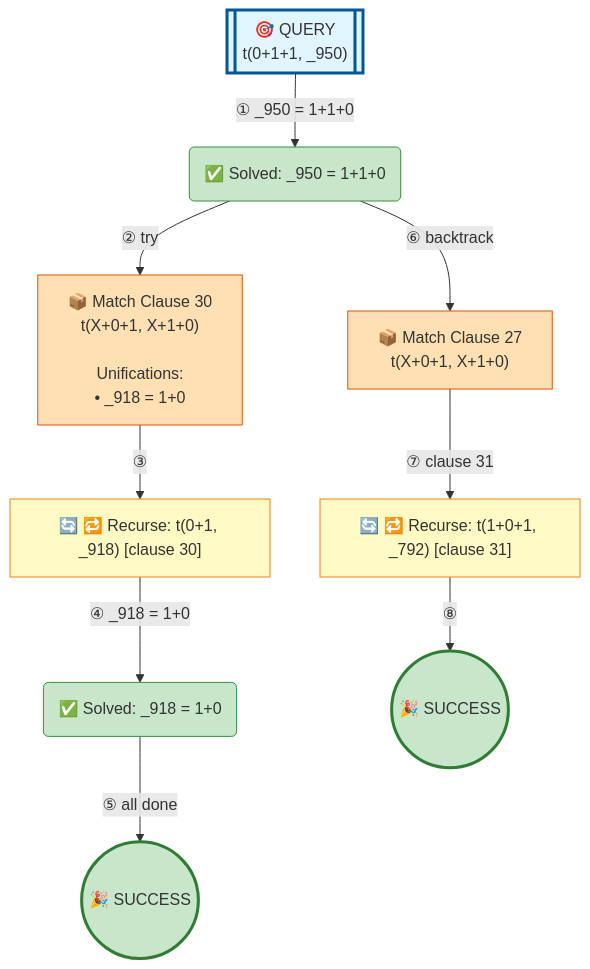
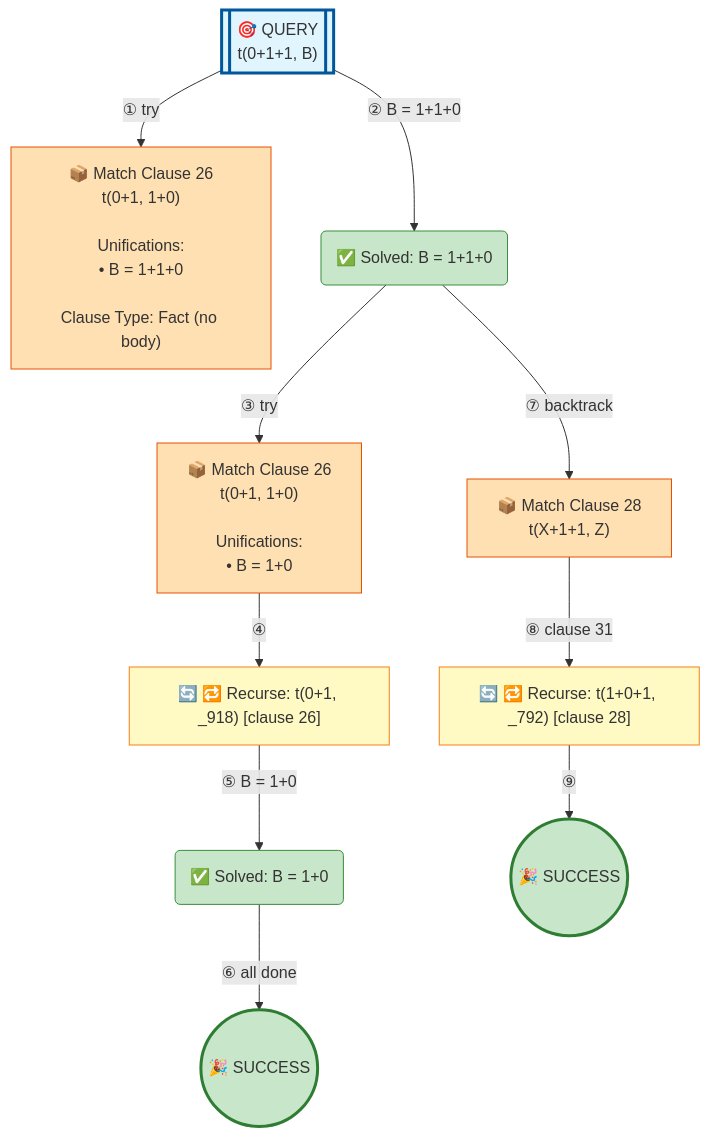
One commit to jarecsni/prolog-trace-viz changed the diagram in examples/3_3_operators-full.md. Above: the diagram before and after it, drawn with Mermaid. The commit also changed other lines of this file and 26 other files, not shown here.

````diff
--- a/examples/3_3_operators-full.md
+++ b/examples/3_3_operators-full.md
@@ -17,35 +21,38 @@
 ```mermaid
 graph TD
 
 %% Nodes
-A[["🎯 QUERY<br/>t(0+1+1, _950)"]]
-B("✅ Solved: _950 = 1+1+0")
-C["🔄 🔁 Recurse: t(0+1, _918) [clause 30]"]
-D["📦 Match Clause 30<br/>t(X+0+1, X+1+0)<br/><br/>Unifications:<br/>• _918 = 1+0"]
-E("✅ Solved: _918 = 1+0")
-F(("🎉 SUCCESS"))
-G["📦 Match Clause 27<br/>t(X+0+1, X+1+0)"]
-H["🔄 🔁 Recurse: t(1+0+1, _792) [clause 31]"]
-I(("🎉 SUCCESS"))
+A[["🎯 QUERY<br/>t(0+1+1, B)"]]
+B["📦 Match Clause 26<br/>t(0+1, 1+0)<br/><br/>Unifications:<br/>• B = 1+1+0<br/><br/>Clause Type: Fact (no body)"]
+C("✅ Solved: B = 1+1+0")
+D["🔄 🔁 Recurse: t(0+1, _918) [clause 26]"]
+E["📦 Match Clause 26<br/>t(0+1, 1+0)<br/><br/>Unifications:<br/>• B = 1+0"]
+F("✅ Solved: B = 1+0")
+G(("🎉 SUCCESS"))
+H["📦 Match Clause 28<br/>t(X+1+1, Z)"]
+I["🔄 🔁 Recurse: t(1+0+1, _792) [clause 28]"]
+J(("🎉 SUCCESS"))
 
 %% Edges
-A -->|"① _950 = 1+1+0"| B
-B -->|"② try"| D
-D -->|"③"| C
-C -->|"④ _918 = 1+0"| E
-E -->|"⑤ all done"| F
-B -->|"⑥ backtrack"| G
-G -->|"⑦ clause 31"| H
-H -->|"⑧"| I
+A -->|"① try"| B
+A -->|"② B = 1+1+0"| C
+C -->|"③ try"| E
+E -->|"④"| D
+D -->|"⑤ B = 1+0"| F
+F -->|"⑥ all done"| G
+C -->|"⑦ backtrack"| H
+H -->|"⑧ clause 31"| I
+I -->|"⑨"| J
 
 %% Styles
 style A fill:#e1f5ff,stroke:#01579b,stroke-width:3px
-style B fill:#c8e6c9,stroke:#388e3c
-style C fill:#fff9c4,stroke:#f57f17
-style D fill:#ffe0b2,stroke:#e65100
-style E fill:#c8e6c9,stroke:#388e3c
-style F fill:#c8e6c9,stroke:#2e7d32,stroke-width:3px
-style G fill:#ffe0b2,stroke:#e65100
-style H fill:#fff9c4,stroke:#f57f17
-style I fill:#c8e6c9,stroke:#2e7d32,stroke-width:3px
+style B fill:#ffe0b2,stroke:#e65100
+style C fill:#c8e6c9,stroke:#388e3c
+style D fill:#fff9c4,stroke:#f57f17
+style E fill:#ffe0b2,stroke:#e65100
+style F fill:#c8e6c9,stroke:#388e3c
+style G fill:#c8e6c9,stroke:#2e7d32,stroke-width:3px
+style H fill:#ffe0b2,stroke:#e65100
+style I fill:#fff9c4,stroke:#f57f17
+style J fill:#c8e6c9,stroke:#2e7d32,stroke-width:3px
 ```
````
